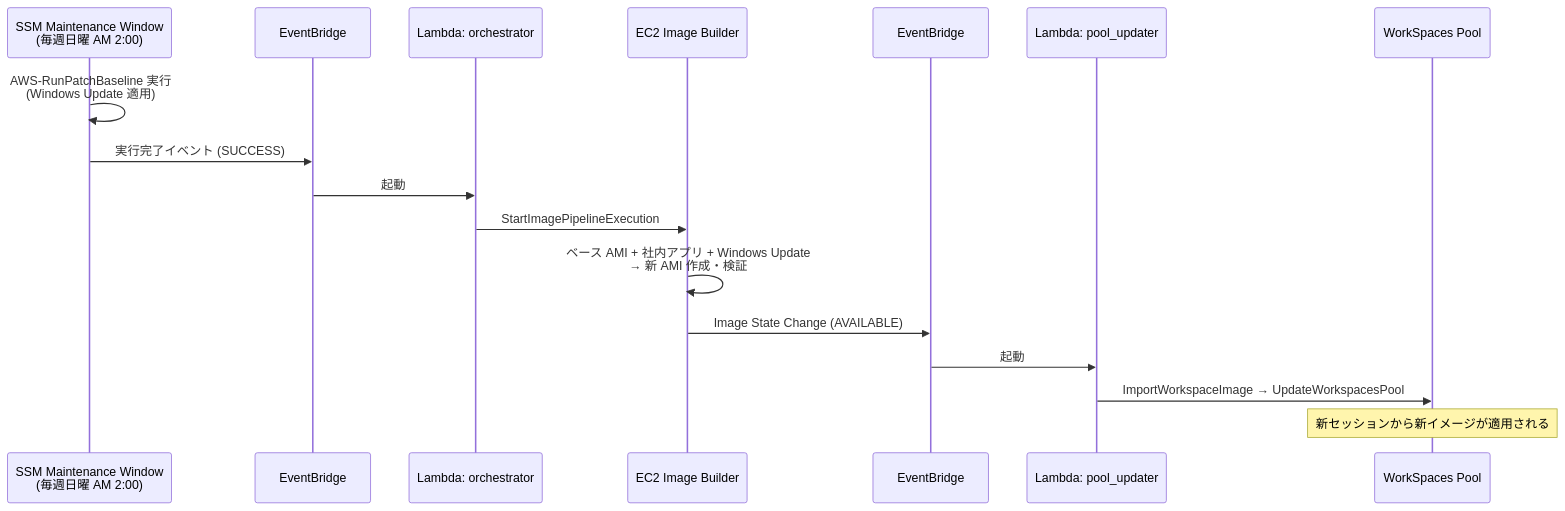
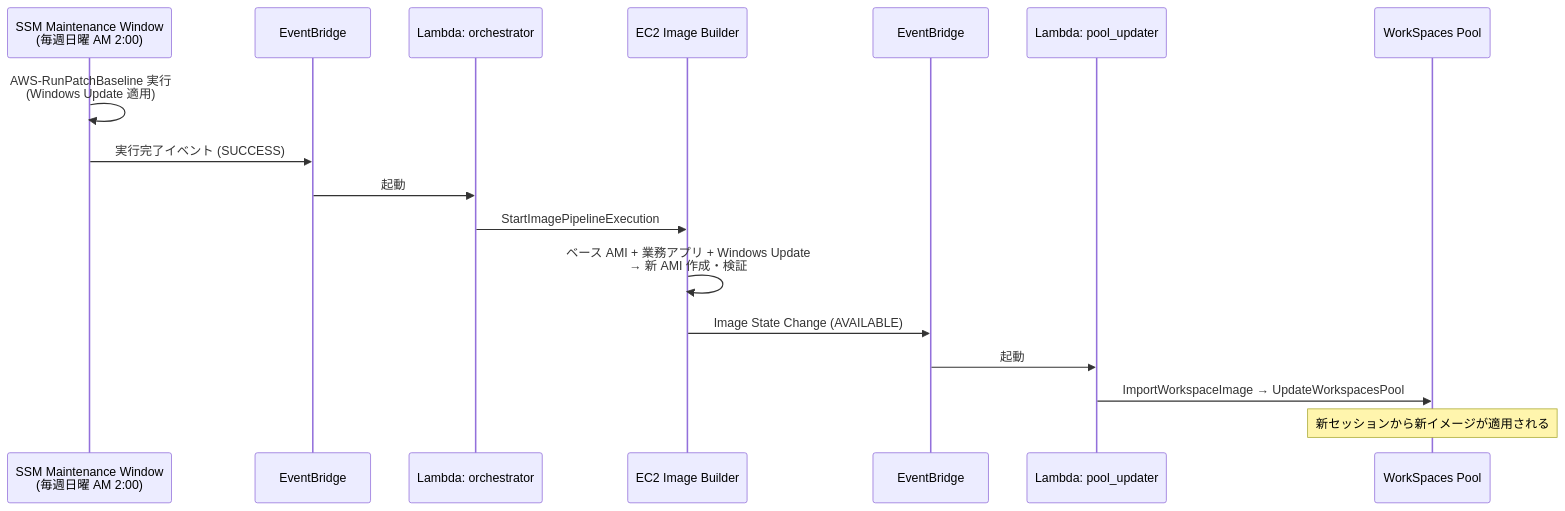
Before and after one commit to tkc/terraform-vdi: the third of 4 diagrams in docs/architecture.md, drawn with Mermaid. The commit also changed other lines of this file and 3 other files, not shown here.

````diff
--- a/docs/architecture.md
+++ b/docs/architecture.md
@@ -81,20 +81,20 @@
 ```mermaid
 sequenceDiagram
     participant MW as SSM Maintenance Window<br/>(毎週日曜 AM 2:00)
     participant EB1 as EventBridge
     participant L1 as Lambda: orchestrator
     participant IB as EC2 Image Builder
     participant EB2 as EventBridge
     participant L2 as Lambda: pool_updater
     participant WS as WorkSpaces Pool
 
     MW->>MW: AWS-RunPatchBaseline 実行<br/>(Windows Update 適用)
     MW->>EB1: 実行完了イベント (SUCCESS)
     EB1->>L1: 起動
     L1->>IB: StartImagePipelineExecution
-    IB->>IB: ベース AMI + 社内アプリ + Windows Update<br/>→ 新 AMI 作成・検証
+    IB->>IB: ベース AMI + 業務アプリ + Windows Update<br/>→ 新 AMI 作成・検証
     IB->>EB2: Image State Change (AVAILABLE)
     EB2->>L2: 起動
     L2->>WS: ImportWorkspaceImage → UpdateWorkspacesPool
     Note over WS: 新セッションから新イメージが適用される
 ```
````
